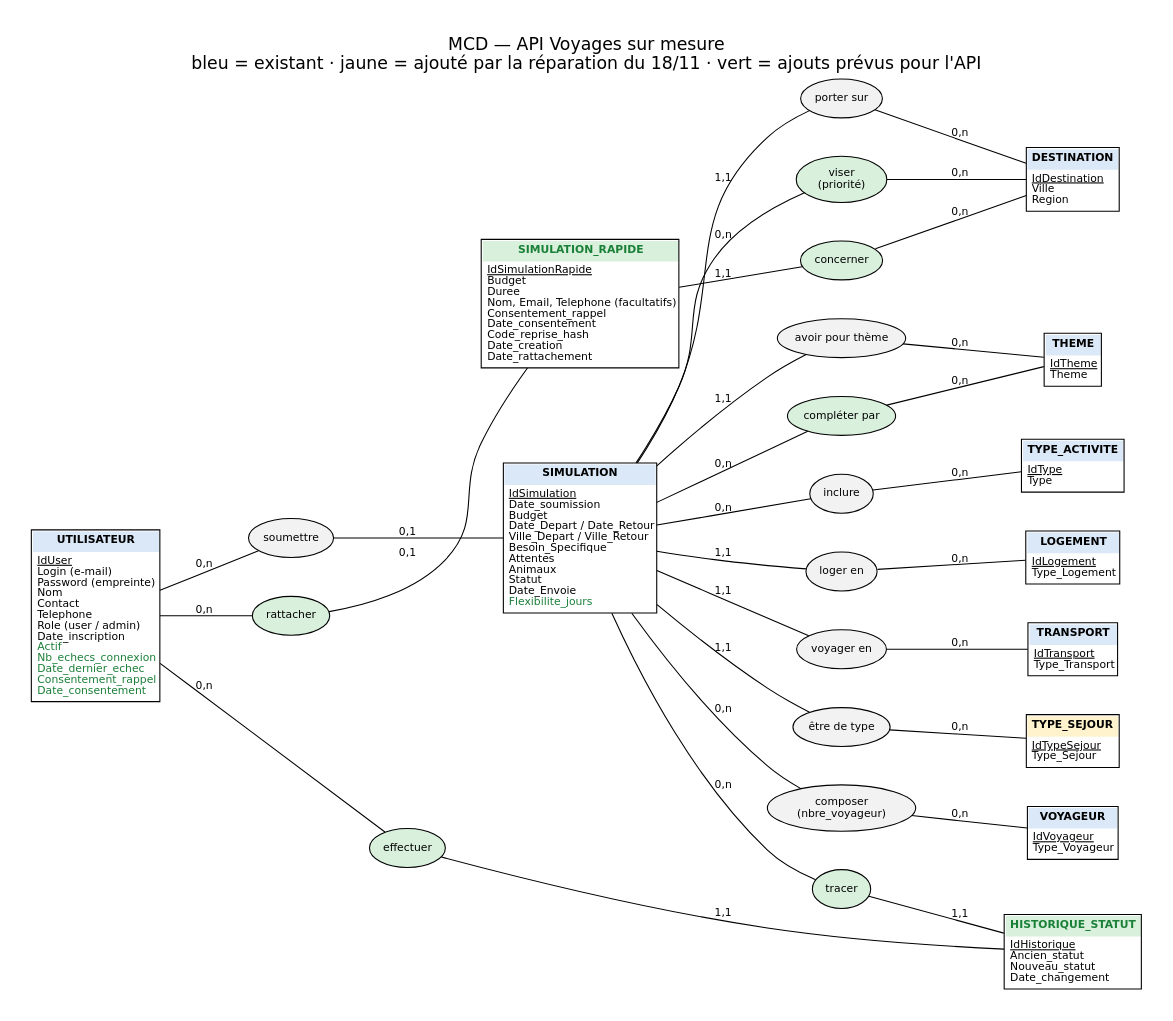
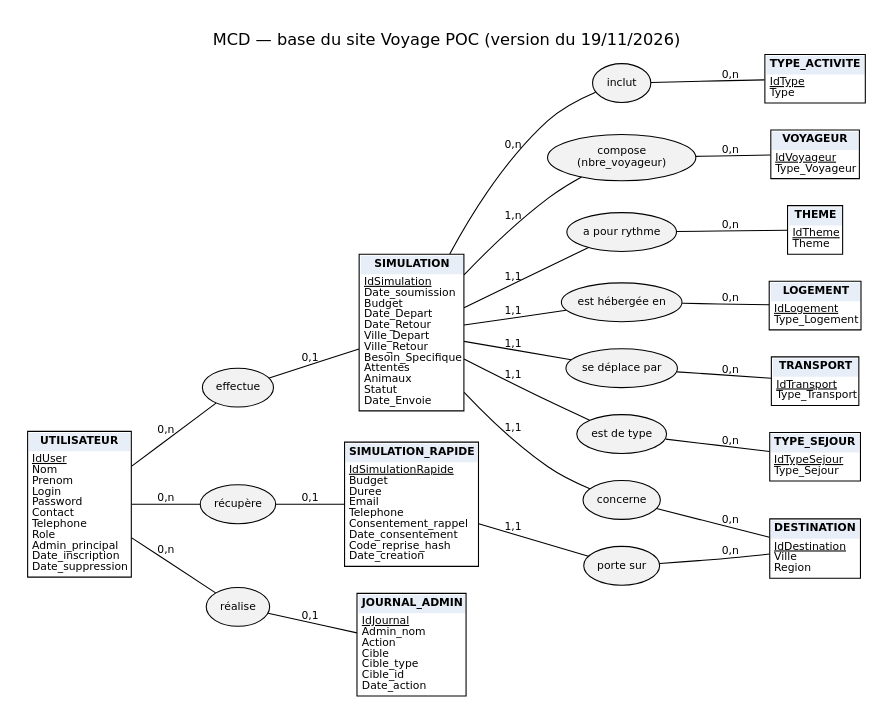
Before and after one commit to jakevlt/api-voyages-sur-mesure: the diagram in docs/conception/sources/01-mcd.dot, drawn with Graphviz. The commit also changed 29 other files, not shown here.

First line of the commit message:
docs: alignement avec la fiche E6 (application web, CDC site V03, XAMPP, simulation_rapide)

```diff
--- a/docs/conception/sources/01-mcd.dot
+++ b/docs/conception/sources/01-mcd.dot
@@ -1,49 +1,31 @@
 graph MCD {
-  graph [fontname="DejaVu Sans", rankdir=LR, splines=true, nodesep=0.5, ranksep=0.9, label="MCD — API Voyages sur mesure\nbleu = existant · jaune = ajouté par la réparation du 18/11 · vert = ajouts prévus pour l'API", labelloc=t, fontsize=16, pad=0.3];
-  node [fontname="DejaVu Sans", fontsize=10];
+  graph [fontname="DejaVu Sans", rankdir=LR, nodesep=0.35, ranksep=0.65, label="MCD — base du site Voyage POC (version du 19/11/2026)", labelloc=t, fontsize=15, pad=0.25];
+  node [fontname="DejaVu Sans", fontsize=10, shape=plain];
   edge [fontname="DejaVu Sans", fontsize=10];
-
-  node [shape=plain];
-  UTILISATEUR [label=<<table border="1" cellborder="0" cellspacing="0" cellpadding="4"><tr><td bgcolor="#dbe8f7"><b>UTILISATEUR</b></td></tr><tr><td align="left"><u>IdUser</u><br align="left"/>Login (e-mail)<br align="left"/>Password (empreinte)<br align="left"/>Nom<br align="left"/>Contact<br align="left"/>Telephone<br align="left"/>Role (user / admin)<br align="left"/>Date_inscription<br align="left"/><font color="#1a7f37">Actif</font><br align="left"/><font color="#1a7f37">Nb_echecs_connexion</font><br align="left"/><font color="#1a7f37">Date_dernier_echec</font><br align="left"/><font color="#1a7f37">Consentement_rappel</font><br align="left"/><font color="#1a7f37">Date_consentement</font><br align="left"/></td></tr></table>>];
-  SIMULATION [label=<<table border="1" cellborder="0" cellspacing="0" cellpadding="4"><tr><td bgcolor="#dbe8f7"><b>SIMULATION</b></td></tr><tr><td align="left"><u>IdSimulation</u><br align="left"/>Date_soumission<br align="left"/>Budget<br align="left"/>Date_Depart / Date_Retour<br align="left"/>Ville_Depart / Ville_Retour<br align="left"/>Besoin_Specifique<br align="left"/>Attentes<br align="left"/>Animaux<br align="left"/>Statut<br align="left"/>Date_Envoie<br align="left"/><font color="#1a7f37">Flexibilite_jours</font><br align="left"/></td></tr></table>>];
-  SIMULATION_RAPIDE [label=<<table border="1" cellborder="0" cellspacing="0" cellpadding="4"><tr><td bgcolor="#d8f0dc"><b><font color="#1a7f37">SIMULATION_RAPIDE</font></b></td></tr><tr><td align="left"><u>IdSimulationRapide</u><br align="left"/>Budget<br align="left"/>Duree<br align="left"/>Nom, Email, Telephone (facultatifs)<br align="left"/>Consentement_rappel<br align="left"/>Date_consentement<br align="left"/>Code_reprise_hash<br align="left"/>Date_creation<br align="left"/>Date_rattachement<br align="left"/></td></tr></table>>];
-  HISTORIQUE_STATUT [label=<<table border="1" cellborder="0" cellspacing="0" cellpadding="4"><tr><td bgcolor="#d8f0dc"><b><font color="#1a7f37">HISTORIQUE_STATUT</font></b></td></tr><tr><td align="left"><u>IdHistorique</u><br align="left"/>Ancien_statut<br align="left"/>Nouveau_statut<br align="left"/>Date_changement<br align="left"/></td></tr></table>>];
-  DESTINATION [label=<<table border="1" cellborder="0" cellspacing="0" cellpadding="4"><tr><td bgcolor="#dbe8f7"><b>DESTINATION</b></td></tr><tr><td align="left"><u>IdDestination</u><br align="left"/>Ville<br align="left"/>Region<br align="left"/></td></tr></table>>];
-  THEME [label=<<table border="1" cellborder="0" cellspacing="0" cellpadding="4"><tr><td bgcolor="#dbe8f7"><b>THEME</b></td></tr><tr><td align="left"><u>IdTheme</u><br align="left"/>Theme<br align="left"/></td></tr></table>>];
-  TYPE_ACTIVITE [label=<<table border="1" cellborder="0" cellspacing="0" cellpadding="4"><tr><td bgcolor="#dbe8f7"><b>TYPE_ACTIVITE</b></td></tr><tr><td align="left"><u>IdType</u><br align="left"/>Type<br align="left"/></td></tr></table>>];
-  LOGEMENT [label=<<table border="1" cellborder="0" cellspacing="0" cellpadding="4"><tr><td bgcolor="#dbe8f7"><b>LOGEMENT</b></td></tr><tr><td align="left"><u>IdLogement</u><br align="left"/>Type_Logement<br align="left"/></td></tr></table>>];
-  TRANSPORT [label=<<table border="1" cellborder="0" cellspacing="0" cellpadding="4"><tr><td bgcolor="#dbe8f7"><b>TRANSPORT</b></td></tr><tr><td align="left"><u>IdTransport</u><br align="left"/>Type_Transport<br align="left"/></td></tr></table>>];
-  TYPE_SEJOUR [label=<<table border="1" cellborder="0" cellspacing="0" cellpadding="4"><tr><td bgcolor="#fff3cd"><b>TYPE_SEJOUR</b></td></tr><tr><td align="left"><u>IdTypeSejour</u><br align="left"/>Type_Sejour<br align="left"/></td></tr></table>>];
-  VOYAGEUR [label=<<table border="1" cellborder="0" cellspacing="0" cellpadding="4"><tr><td bgcolor="#dbe8f7"><b>VOYAGEUR</b></td></tr><tr><td align="left"><u>IdVoyageur</u><br align="left"/>Type_Voyageur<br align="left"/></td></tr></table>>];
-
+  UTILISATEUR [label=<<table border="1" cellborder="0" cellspacing="0" cellpadding="3"><tr><td bgcolor="#e8eef7"><b>UTILISATEUR</b></td></tr><tr><td align="left"><u>IdUser</u><br align="left"/>Nom<br align="left"/>Prenom<br align="left"/>Login<br align="left"/>Password<br align="left"/>Contact<br align="left"/>Telephone<br align="left"/>Role<br align="left"/>Admin_principal<br align="left"/>Date_inscription<br align="left"/>Date_suppression<br align="left"/></td></tr></table>>];
+  SIMULATION [label=<<table border="1" cellborder="0" cellspacing="0" cellpadding="3"><tr><td bgcolor="#e8eef7"><b>SIMULATION</b></td></tr><tr><td align="left"><u>IdSimulation</u><br align="left"/>Date_soumission<br align="left"/>Budget<br align="left"/>Date_Depart<br align="left"/>Date_Retour<br align="left"/>Ville_Depart<br align="left"/>Ville_Retour<br align="left"/>Besoin_Specifique<br align="left"/>Attentes<br align="left"/>Animaux<br align="left"/>Statut<br align="left"/>Date_Envoie<br align="left"/></td></tr></table>>];
+  DESTINATION [label=<<table border="1" cellborder="0" cellspacing="0" cellpadding="3"><tr><td bgcolor="#e8eef7"><b>DESTINATION</b></td></tr><tr><td align="left"><u>IdDestination</u><br align="left"/>Ville<br align="left"/>Region<br align="left"/></td></tr></table>>];
+  THEME [label=<<table border="1" cellborder="0" cellspacing="0" cellpadding="3"><tr><td bgcolor="#e8eef7"><b>THEME</b></td></tr><tr><td align="left"><u>IdTheme</u><br align="left"/>Theme<br align="left"/></td></tr></table>>];
+  LOGEMENT [label=<<table border="1" cellborder="0" cellspacing="0" cellpadding="3"><tr><td bgcolor="#e8eef7"><b>LOGEMENT</b></td></tr><tr><td align="left"><u>IdLogement</u><br align="left"/>Type_Logement<br align="left"/></td></tr></table>>];
+  TRANSPORT [label=<<table border="1" cellborder="0" cellspacing="0" cellpadding="3"><tr><td bgcolor="#e8eef7"><b>TRANSPORT</b></td></tr><tr><td align="left"><u>IdTransport</u><br align="left"/>Type_Transport<br align="left"/></td></tr></table>>];
+  TYPE_SEJOUR [label=<<table border="1" cellborder="0" cellspacing="0" cellpadding="3"><tr><td bgcolor="#e8eef7"><b>TYPE_SEJOUR</b></td></tr><tr><td align="left"><u>IdTypeSejour</u><br align="left"/>Type_Sejour<br align="left"/></td></tr></table>>];
+  TYPE_ACTIVITE [label=<<table border="1" cellborder="0" cellspacing="0" cellpadding="3"><tr><td bgcolor="#e8eef7"><b>TYPE_ACTIVITE</b></td></tr><tr><td align="left"><u>IdType</u><br align="left"/>Type<br align="left"/></td></tr></table>>];
+  VOYAGEUR [label=<<table border="1" cellborder="0" cellspacing="0" cellpadding="3"><tr><td bgcolor="#e8eef7"><b>VOYAGEUR</b></td></tr><tr><td align="left"><u>IdVoyageur</u><br align="left"/>Type_Voyageur<br align="left"/></td></tr></table>>];
+  SIMULATION_RAPIDE [label=<<table border="1" cellborder="0" cellspacing="0" cellpadding="3"><tr><td bgcolor="#e8eef7"><b>SIMULATION_RAPIDE</b></td></tr><tr><td align="left"><u>IdSimulationRapide</u><br align="left"/>Budget<br align="left"/>Duree<br align="left"/>Email<br align="left"/>Telephone<br align="left"/>Consentement_rappel<br align="left"/>Date_consentement<br align="left"/>Code_reprise_hash<br align="left"/>Date_creation<br align="left"/></td></tr></table>>];
+  JOURNAL_ADMIN [label=<<table border="1" cellborder="0" cellspacing="0" cellpadding="3"><tr><td bgcolor="#e8eef7"><b>JOURNAL_ADMIN</b></td></tr><tr><td align="left"><u>IdJournal</u><br align="left"/>Admin_nom<br align="left"/>Action<br align="left"/>Cible<br align="left"/>Cible_type<br align="left"/>Cible_id<br align="left"/>Date_action<br align="left"/></td></tr></table>>];
   node [shape=ellipse, style=filled, fillcolor="#f2f2f2"];
-  soumettre [label="soumettre"];
-  porter_sur [label="porter sur"];
-  avoir_theme [label="avoir pour thème"];
-  inclure_type [label="inclure"];
-  loger [label="loger en"];
-  voyager [label="voyager en"];
-  etre_de_type [label="être de type"];
-  composer [label="composer\n(nbre_voyageur)"];
-  prioriser [label="viser\n(priorité)", fillcolor="#d8f0dc"];
-  completer_theme [label="compléter par", fillcolor="#d8f0dc"];
-  rattacher [label="rattacher", fillcolor="#d8f0dc"];
-  viser_rapide [label="concerner", fillcolor="#d8f0dc"];
-  tracer [label="tracer", fillcolor="#d8f0dc"];
-  effectuer [label="effectuer", fillcolor="#d8f0dc"];
-
-  UTILISATEUR -- soumettre [label="0,n"]; soumettre -- SIMULATION [label="0,1"];
-  SIMULATION -- porter_sur [label="1,1"]; porter_sur -- DESTINATION [label="0,n"];
-  SIMULATION -- avoir_theme [label="1,1"]; avoir_theme -- THEME [label="0,n"];
-  SIMULATION -- inclure_type [label="0,n"]; inclure_type -- TYPE_ACTIVITE [label="0,n"];
-  SIMULATION -- loger [label="1,1"]; loger -- LOGEMENT [label="0,n"];
-  SIMULATION -- voyager [label="1,1"]; voyager -- TRANSPORT [label="0,n"];
-  SIMULATION -- etre_de_type [label="1,1"]; etre_de_type -- TYPE_SEJOUR [label="0,n"];
-  SIMULATION -- composer [label="0,n"]; composer -- VOYAGEUR [label="0,n"];
-  SIMULATION -- prioriser [label="0,n"]; prioriser -- DESTINATION [label="0,n"];
-  SIMULATION -- completer_theme [label="0,n"]; completer_theme -- THEME [label="0,n"];
-  UTILISATEUR -- rattacher [label="0,n"]; rattacher -- SIMULATION_RAPIDE [label="0,1"];
-  SIMULATION_RAPIDE -- viser_rapide [label="1,1"]; viser_rapide -- DESTINATION [label="0,n"];
-  SIMULATION -- tracer [label="0,n"]; tracer -- HISTORIQUE_STATUT [label="1,1"];
-  UTILISATEUR -- effectuer [label="0,n"]; effectuer -- HISTORIQUE_STATUT [label="1,1"];
+  effectue [label="effectue"]; concerne [label="concerne"]; rythme [label="a pour rythme"]; heberge [label="est hébergée en"];
+  deplace [label="se déplace par"]; etre [label="est de type"]; inclut [label="inclut"];
+  compose [label="compose\n(nbre_voyageur)"]; porte [label="porte sur"]; realise [label="réalise"]; recupere [label="récupère"];
+  UTILISATEUR -- effectue [label="0,n"]; effectue -- SIMULATION [label="0,1"];
+  SIMULATION -- concerne [label="1,1"]; concerne -- DESTINATION [label="0,n"];
+  SIMULATION -- rythme [label="1,1"]; rythme -- THEME [label="0,n"];
+  SIMULATION -- heberge [label="1,1"]; heberge -- LOGEMENT [label="0,n"];
+  SIMULATION -- deplace [label="1,1"]; deplace -- TRANSPORT [label="0,n"];
+  SIMULATION -- etre [label="1,1"]; etre -- TYPE_SEJOUR [label="0,n"];
+  SIMULATION -- inclut [label="0,n"]; inclut -- TYPE_ACTIVITE [label="0,n"];
+  SIMULATION -- compose [label="1,n"]; compose -- VOYAGEUR [label="0,n"];
+  SIMULATION_RAPIDE -- porte [label="1,1"]; porte -- DESTINATION [label="0,n"];
+  UTILISATEUR -- recupere [label="0,n"]; recupere -- SIMULATION_RAPIDE [label="0,1"];
+  UTILISATEUR -- realise [label="0,n"]; realise -- JOURNAL_ADMIN [label="0,1"];
 }
```
